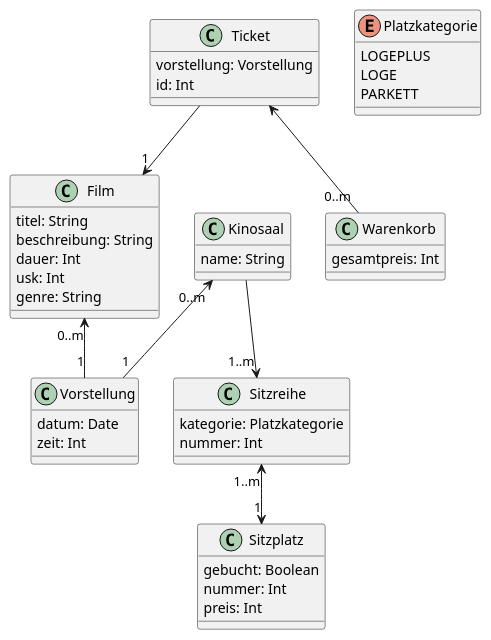
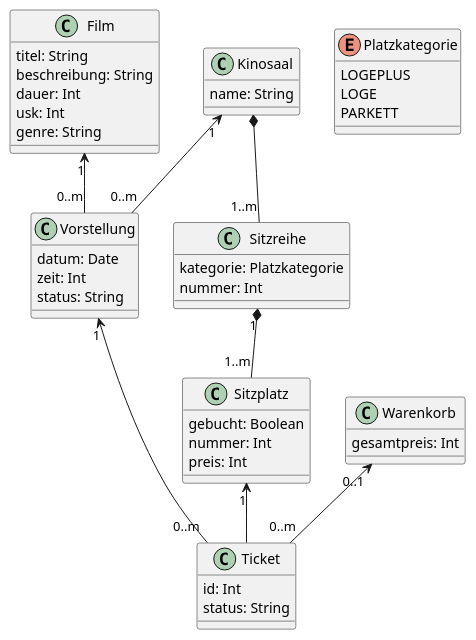
The diagram in plantuml/KinoModell.puml (Rafael131203/InfoInfraKinoverwaltung), drawn with PlantUML before and after one commit.

```diff
--- a/plantuml/KinoModell.puml
+++ b/plantuml/KinoModell.puml
@@ -1,77 +1,75 @@
 @startuml
 'https://plantuml.com/class-diagram
 
 'abstract class AbstractList
 'abstract AbstractCollection
 'interface List
 'interface Collection
 '
 'List <|-- AbstractList
 'Collection <|-- AbstractCollection
 '
 'Collection <|- List
 'AbstractCollection <|- AbstractList
 'AbstractList <|-- ArrayList
 
 
 
-Film "0..m" <-- "1" Vorstellung
-Kinosaal "0..m" <-- "1" Vorstellung
-Ticket --> "1" Film
-Sitzreihe "1..m" <--> "1" Sitzplatz
-Kinosaal --> "1..m" Sitzreihe
-Ticket <-- "0..m" Warenkorb
+Film "1" <-- "0..m" Vorstellung
+Kinosaal "1" <-- "0..m" Vorstellung
+Vorstellung "1" <-- "0..m" Ticket
+Sitzreihe "1" *-- "1..m" Sitzplatz
+Kinosaal *-- "1..m" Sitzreihe
+Warenkorb "0..1" <-- "0..m" Ticket
+Sitzplatz "1" <-- Ticket
 
 class Film {
 titel: String
 beschreibung: String
 dauer: Int
 usk: Int
 genre: String
 'play()
 }
 
 class Kinosaal {
 name: String
 }
 
 class Vorstellung {
 datum: Date
 zeit: Int
-
+status: String
+'z.B. geplant, läuft, beendet
 }
 
 class Sitzreihe{
 kategorie: Platzkategorie
 nummer: Int
 }
 
 class Sitzplatz{
 gebucht: Boolean
 nummer: Int
 preis: Int
 }
 
 class Ticket{
-vorstellung: Vorstellung
 id: Int
+status: String
+'z.B. reserviert, bezahlt, storniert
 }
 
 class Warenkorb{
 gesamtpreis: Int
 
 }
 
 enum Platzkategorie{
 LOGEPLUS
 LOGE
 PARKETT
 }
 
-'enum TimeUnit {
-'DAYS
-'HOURS
-'MINUTES
-'}
 
 @enduml
```
